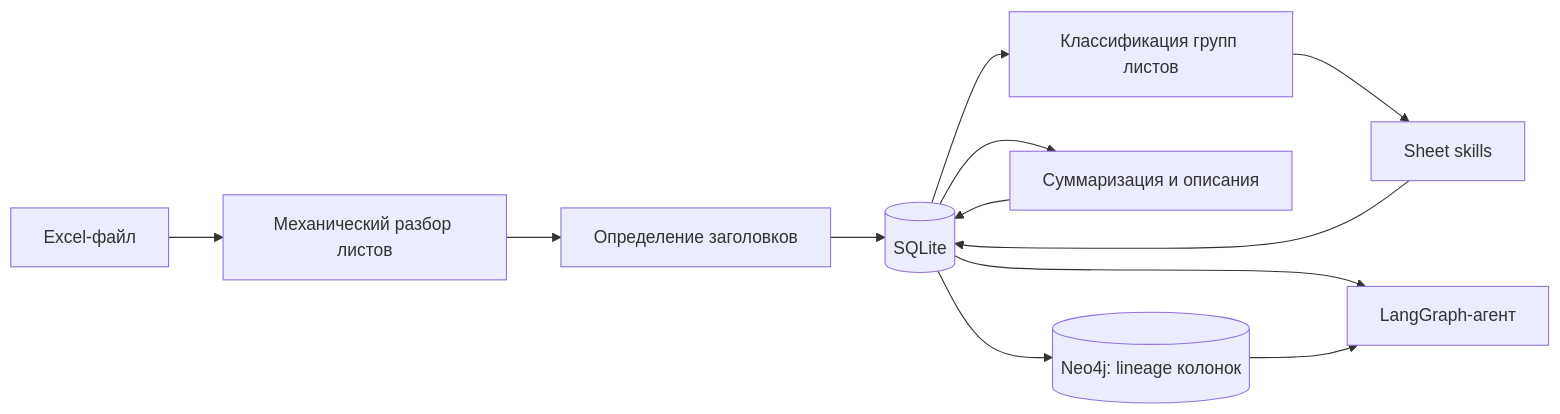
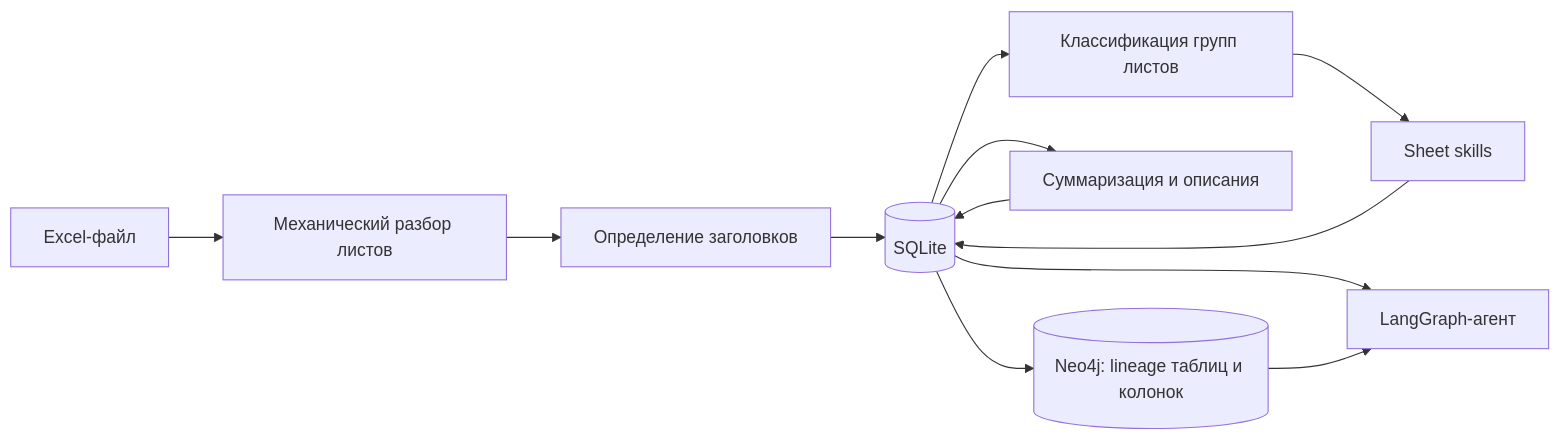
One commit to Sasyami/ETL-S2T-Parser changed the first of 2 diagrams in README.md. Above: the diagram before and after it, drawn with Mermaid. The commit also changed other lines of this file and 77 other files, not shown here.

````diff
--- a/README.md
+++ b/README.md
@@ -21,14 +21,14 @@
 ```mermaid
 flowchart LR
     U["Excel-файл"] --> P["Механический разбор листов"]
     P --> H["Определение заголовков"]
     H --> DB[("SQLite")]
     DB --> C["Классификация групп листов"]
     C --> S["Sheet skills"]
     S --> DB
     DB --> M["Суммаризация и описания"]
     M --> DB
-    DB --> G[("Neo4j: lineage колонок")]
+    DB --> G[("Neo4j: lineage таблиц и колонок")]
     DB --> A["LangGraph-агент"]
     G --> A
 ```
````
